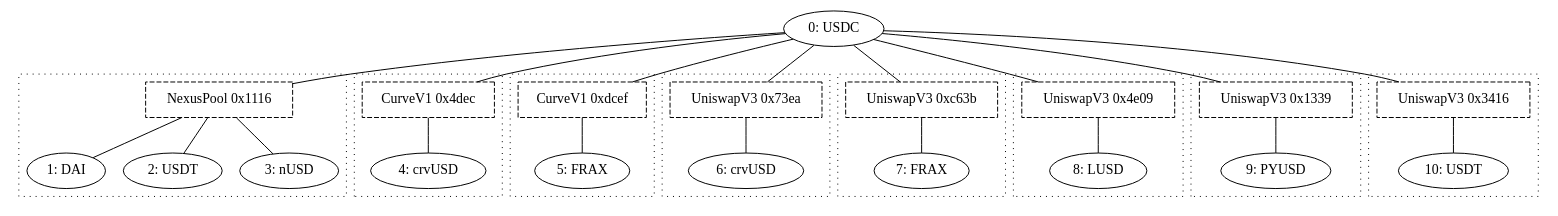
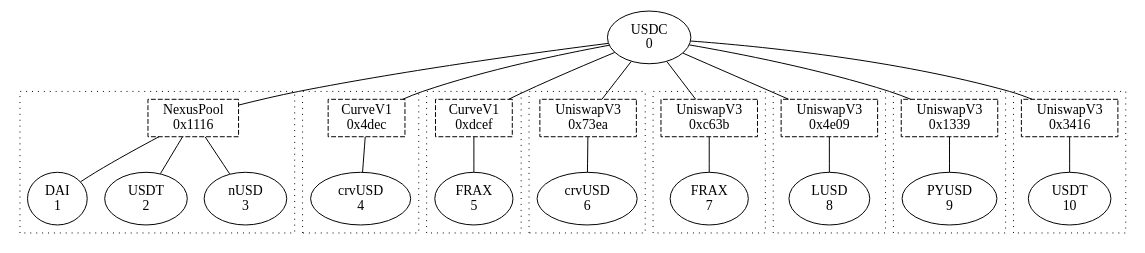
The diagram in script/configs/mainnet/LinkedPool.CCTP.USDC.dot (synapsecns/synapse-contracts), drawn with Graphviz before and after one commit. The commit also changed 1 other file, not shown here.

```diff
--- a/script/configs/mainnet/LinkedPool.CCTP.USDC.dot
+++ b/script/configs/mainnet/LinkedPool.CCTP.USDC.dot
@@ -1,104 +1,104 @@
 graph G {
-    token0 [label = "0: USDC";];
-    token1 [label = "1: DAI";];
-    token2 [label = "2: USDT";];
-    token3 [label = "3: nUSD";];
-    token4 [label = "4: crvUSD";];
-    token5 [label = "5: FRAX";];
-    token6 [label = "6: crvUSD";];
-    token7 [label = "7: FRAX";];
-    token8 [label = "8: LUSD";];
-    token9 [label = "9: PYUSD";];
-    token10 [label = "10: USDT";];
-    pool0 [label = "NexusPool 0x1116";shape = rect;style = dashed;];
+    token0 [label = "USDC\n0";];
+    token1 [label = "DAI\n1";];
+    token2 [label = "USDT\n2";];
+    token3 [label = "nUSD\n3";];
+    token4 [label = "crvUSD\n4";];
+    token5 [label = "FRAX\n5";];
+    token6 [label = "crvUSD\n6";];
+    token7 [label = "FRAX\n7";];
+    token8 [label = "LUSD\n8";];
+    token9 [label = "PYUSD\n9";];
+    token10 [label = "USDT\n10";];
+    pool0 [label = "NexusPool\n0x1116";shape = rect;style = dashed;];
     token0 -- pool0;
     subgraph cluster0 {
         style = dotted;
         pool0 -- token1;
         pool0 -- token2;
         pool0 -- token3;
         subgraph {
             rank = same;
             edge [style = invis;];
             token1 -- token2;
             token2 -- token3;
         }
     }
-    pool1 [label = "CurveV1 0x4dec";shape = rect;style = dashed;];
+    pool1 [label = "CurveV1\n0x4dec";shape = rect;style = dashed;];
     token0 -- pool1;
     subgraph cluster1 {
         style = dotted;
         pool1 -- token4;
         subgraph {
             rank = same;
             edge [style = invis;];
             token4;
         }
     }
-    pool2 [label = "CurveV1 0xdcef";shape = rect;style = dashed;];
+    pool2 [label = "CurveV1\n0xdcef";shape = rect;style = dashed;];
     token0 -- pool2;
     subgraph cluster2 {
         style = dotted;
         pool2 -- token5;
         subgraph {
             rank = same;
             edge [style = invis;];
             token5;
         }
     }
-    pool3 [label = "UniswapV3 0x73ea";shape = rect;style = dashed;];
+    pool3 [label = "UniswapV3\n0x73ea";shape = rect;style = dashed;];
     token0 -- pool3;
     subgraph cluster3 {
         style = dotted;
         pool3 -- token6;
         subgraph {
             rank = same;
             edge [style = invis;];
             token6;
         }
     }
-    pool4 [label = "UniswapV3 0xc63b";shape = rect;style = dashed;];
+    pool4 [label = "UniswapV3\n0xc63b";shape = rect;style = dashed;];
     token0 -- pool4;
     subgraph cluster4 {
         style = dotted;
         pool4 -- token7;
         subgraph {
             rank = same;
             edge [style = invis;];
             token7;
         }
     }
-    pool5 [label = "UniswapV3 0x4e09";shape = rect;style = dashed;];
+    pool5 [label = "UniswapV3\n0x4e09";shape = rect;style = dashed;];
     token0 -- pool5;
     subgraph cluster5 {
         style = dotted;
         pool5 -- token8;
         subgraph {
             rank = same;
             edge [style = invis;];
             token8;
         }
     }
-    pool6 [label = "UniswapV3 0x1339";shape = rect;style = dashed;];
+    pool6 [label = "UniswapV3\n0x1339";shape = rect;style = dashed;];
     token0 -- pool6;
     subgraph cluster6 {
         style = dotted;
         pool6 -- token9;
         subgraph {
             rank = same;
             edge [style = invis;];
             token9;
         }
     }
-    pool7 [label = "UniswapV3 0x3416";shape = rect;style = dashed;];
+    pool7 [label = "UniswapV3\n0x3416";shape = rect;style = dashed;];
     token0 -- pool7;
     subgraph cluster7 {
         style = dotted;
         pool7 -- token10;
         subgraph {
             rank = same;
             edge [style = invis;];
             token10;
         }
     }
 }
```
